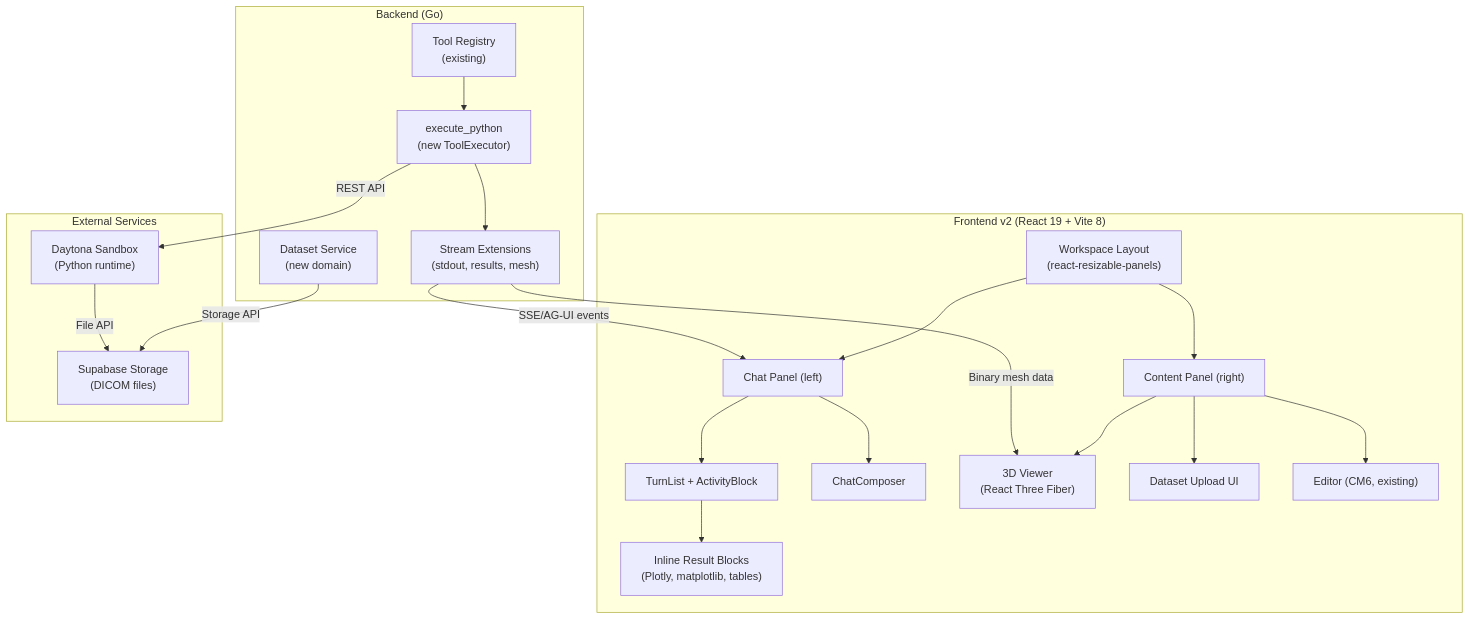
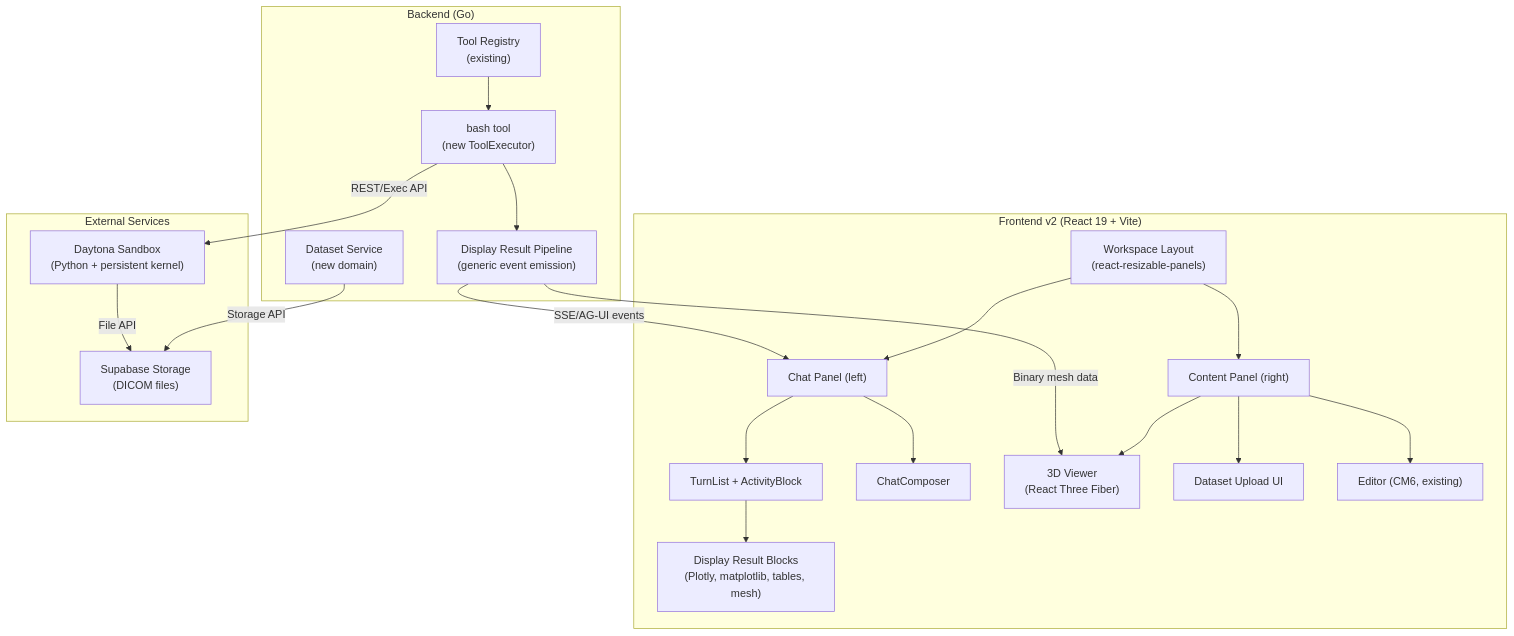
One commit to haowjy/meridian-flow changed the first of 2 diagrams in .meridian/work/biomedical-mvp/design/overview.md. Above: the diagram before and after it, drawn with Mermaid. The commit also changed other lines of this file and 15 other files, not shown here.

First line of the commit message:
Revise biomedical MVP design: bash tool, generic display results, ActivityBlock model

````diff
--- a/.meridian/work/biomedical-mvp/design/overview.md
+++ b/.meridian/work/biomedical-mvp/design/overview.md
@@ -7,34 +7,34 @@
 ```mermaid
 flowchart TB
-    subgraph Frontend["Frontend v2 (React 19 + Vite 8)"]
+    subgraph Frontend["Frontend v2 (React 19 + Vite)"]
         Layout["Workspace Layout<br/>(react-resizable-panels)"]
         Layout --> ChatPanel["Chat Panel (left)"]
         Layout --> ContentPanel["Content Panel (right)"]
         ChatPanel --> TurnList["TurnList + ActivityBlock"]
         ChatPanel --> Composer["ChatComposer"]
-        TurnList --> InlineResults["Inline Result Blocks<br/>(Plotly, matplotlib, tables)"]
+        TurnList --> DisplayResults["Display Result Blocks<br/>(Plotly, matplotlib, tables, mesh)"]
         ContentPanel --> Viewer3D["3D Viewer<br/>(React Three Fiber)"]
         ContentPanel --> DatasetUI["Dataset Upload UI"]
         ContentPanel --> Editor["Editor (CM6, existing)"]
     end
 
     subgraph Backend["Backend (Go)"]
         ToolReg["Tool Registry<br/>(existing)"]
-        ExecPy["execute_python<br/>(new ToolExecutor)"]
+        BashTool["bash tool<br/>(new ToolExecutor)"]
         DatasetSvc["Dataset Service<br/>(new domain)"]
-        StreamExt["Stream Extensions<br/>(stdout, results, mesh)"]
-        ToolReg --> ExecPy
-        ExecPy --> StreamExt
+        DisplayPipeline["Display Result Pipeline<br/>(generic event emission)"]
+        ToolReg --> BashTool
+        BashTool --> DisplayPipeline
     end
 
     subgraph External["External Services"]
-        Daytona["Daytona Sandbox<br/>(Python runtime)"]
+        Daytona["Daytona Sandbox<br/>(Python + persistent kernel)"]
         Supabase["Supabase Storage<br/>(DICOM files)"]
     end
 
-    ExecPy -->|"REST API"| Daytona
+    BashTool -->|"REST/Exec API"| Daytona
     DatasetSvc -->|"Storage API"| Supabase
-    StreamExt -->|"SSE/AG-UI events"| ChatPanel
-    StreamExt -->|"Binary mesh data"| Viewer3D
+    DisplayPipeline -->|"SSE/AG-UI events"| ChatPanel
+    DisplayPipeline -->|"Binary mesh data"| Viewer3D
     Daytona -->|"File API"| Supabase
 ```
````
